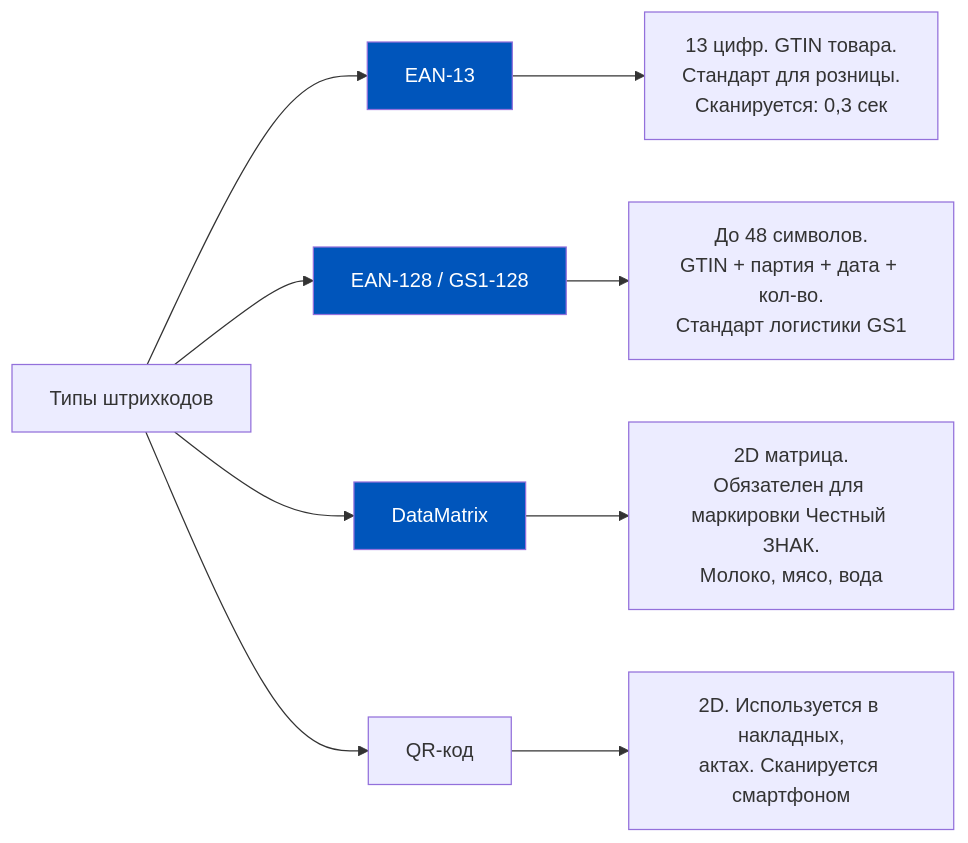
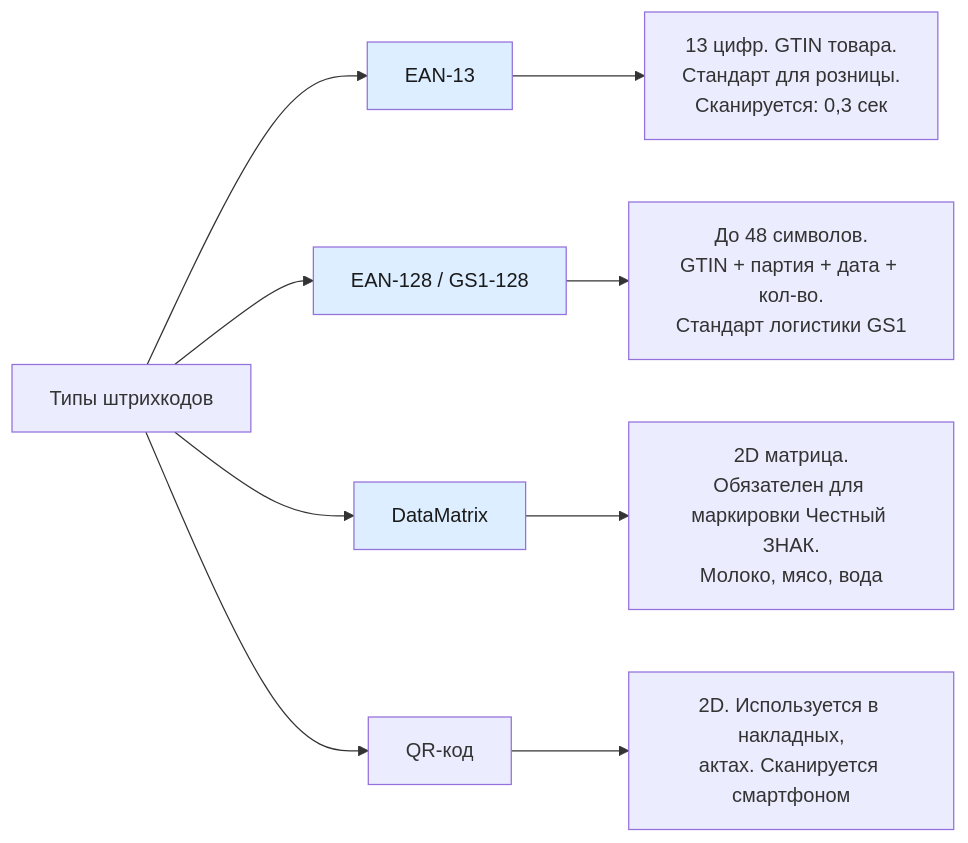
The third of 8 diagrams in content/1c-erp/week_5/Неделя 5 - День 5 - Мобильное рабочее место кладовщика.md (murad1986/1c-erp-quartz), drawn with Mermaid before and after one commit. The commit also changed other lines of this file and 57 other files, not shown here.

First line of the commit message:
fix: Mermaid — пастельные цвета в источниках диаграмм (56 файлов)

````diff
--- a/content/1c-erp/week_5/Неделя 5 - День 5 - Мобильное рабочее место кладовщика.md
+++ b/content/1c-erp/week_5/Неделя 5 - День 5 - Мобильное рабочее место кладовщика.md
@@ -144,16 +144,16 @@
 ```mermaid
 graph LR
     A[Типы штрихкодов] --> B[EAN-13]
     A --> C[EAN-128 / GS1-128]
     A --> D[DataMatrix]
     A --> E[QR-код]
 
     B --> B1["13 цифр. GTIN товара.<br/>Стандарт для розницы.<br/>Сканируется: 0,3 сек"]
     C --> C1["До 48 символов.<br/>GTIN + партия + дата + кол-во.<br/>Стандарт логистики GS1"]
     D --> D1["2D матрица.<br/>Обязателен для маркировки Честный ЗНАК.<br/>Молоко, мясо, вода"]
     E --> E1["2D. Используется в накладных,<br/>актах. Сканируется смартфоном"]
 
-    style B fill:#0055BB,color:#fff
-    style C fill:#0055BB,color:#fff
-    style D fill:#0055BB,color:#fff
+    style B fill:#dceeff,color:#1a1a1a
+    style C fill:#dceeff,color:#1a1a1a
+    style D fill:#dceeff,color:#1a1a1a
 ```
````
